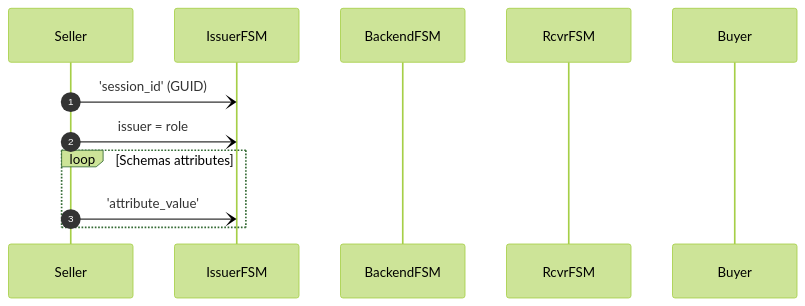
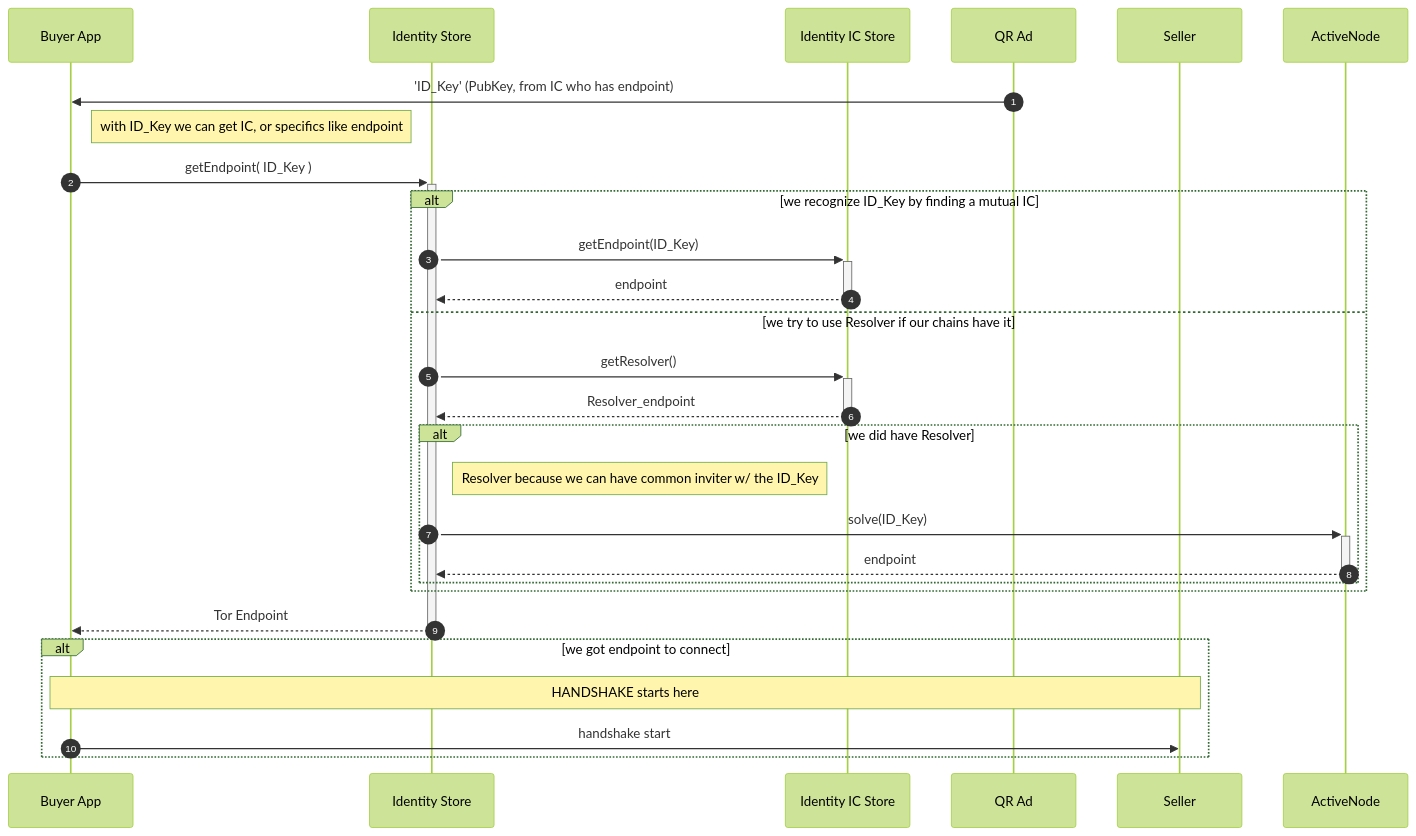
Before and after one commit to lainio/ic: the second of 2 diagrams in README.md, drawn with Mermaid (forest theme). The commit also changed other lines of this file, not shown here.

Commit message:
add handshake stuff with mermaid

````diff
--- a/README.md
+++ b/README.md
@@ -100,22 +104,42 @@
 ```mermaid
 sequenceDiagram
     autonumber
 
-    participant Seller
+    participant Buyer as Buyer App
+    participant IStore as Identity Store
+    participant INode as Identity IC Store
 
     %% -- box won't work on hugo, or when this machine is running it --
     %% box Issuing Service
-    participant IssuerFSM
-    participant BackendFSM
-    participant RcvrFSM
+    participant QR_Code as QR Ad
     %% end
 
-    participant Buyer
+    participant Seller
+    participant ActiveNode
 
-    Seller -) IssuerFSM: 'session_id' (GUID)
-    Seller -) IssuerFSM: issuer = role
-    loop Schemas attributes
-    Seller -) IssuerFSM: 'attribute_value'
+    QR_Code ->> Buyer : 'ID_Key' (PubKey, from IC who has endpoint)
+
+    note right of Buyer: with ID_Key we can get IC, or specifics like endpoint
+    Buyer ->> +IStore: getEndpoint( ID_Key )
+
+    alt we recognize ID_Key by finding a mutual IC
+    IStore ->> +INode: getEndpoint(ID_Key)
+    INode -->> -IStore: endpoint
+    else we try to use Resolver if our chains have it
+    IStore ->> +INode: getResolver()
+    INode -->> -IStore: Resolver_endpoint
+    alt we did have Resolver
+    note right of IStore: Resolver because we can have common inviter w/ the ID_Key
+    IStore ->> +ActiveNode: solve(ID_Key)
+    ActiveNode -->> -IStore: endpoint
+    end
+    end
+
+    IStore -->> -Buyer: Tor Endpoint
+
+    alt we got endpoint to connect
+    note over Buyer, Seller: HANDSHAKE starts here
+    Buyer ->> Seller: handshake start
     end
 
 ```
````
